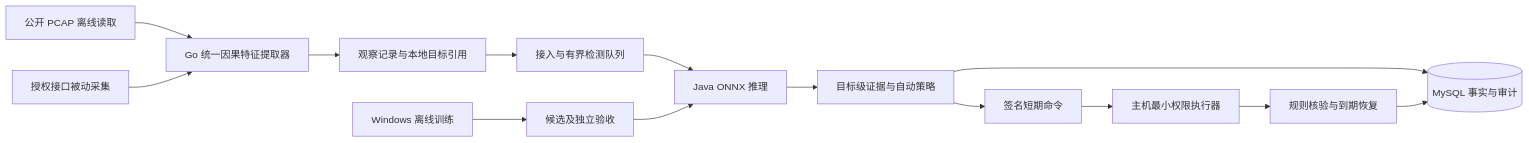
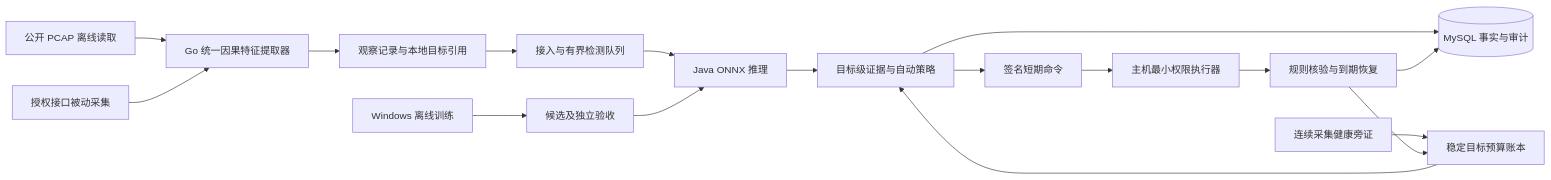
One commit to X-yhhh/cyber-security changed the diagram in docs/项目详细设计.md. Above: the diagram before and after it, drawn with Mermaid. The commit also changed other lines of this file and 158 other files, not shown here.

````diff
--- a/docs/项目详细设计.md
+++ b/docs/项目详细设计.md
@@ -26,16 +29,19 @@
 ```mermaid
 flowchart LR
   P[公开 PCAP 离线读取] --> X[Go 统一因果特征提取器]
   S[授权接口被动采集] --> X
   X --> O[观察记录与本地目标引用]
   O --> I[接入与有界检测队列]
   I --> M[Java ONNX 推理]
   M --> D[目标级证据与自动策略]
   D --> A[签名短期命令]
   A --> E[主机最小权限执行器]
   E --> R[规则核验与到期恢复]
   D --> DB[(MySQL 事实与审计)]
   R --> DB
+  H[连续采集健康旁证] --> B[稳定目标预算账本]
+  R --> B
+  B --> D
   T[Windows 离线训练] --> V[候选及独立验收]
   V --> M
 ```
````
